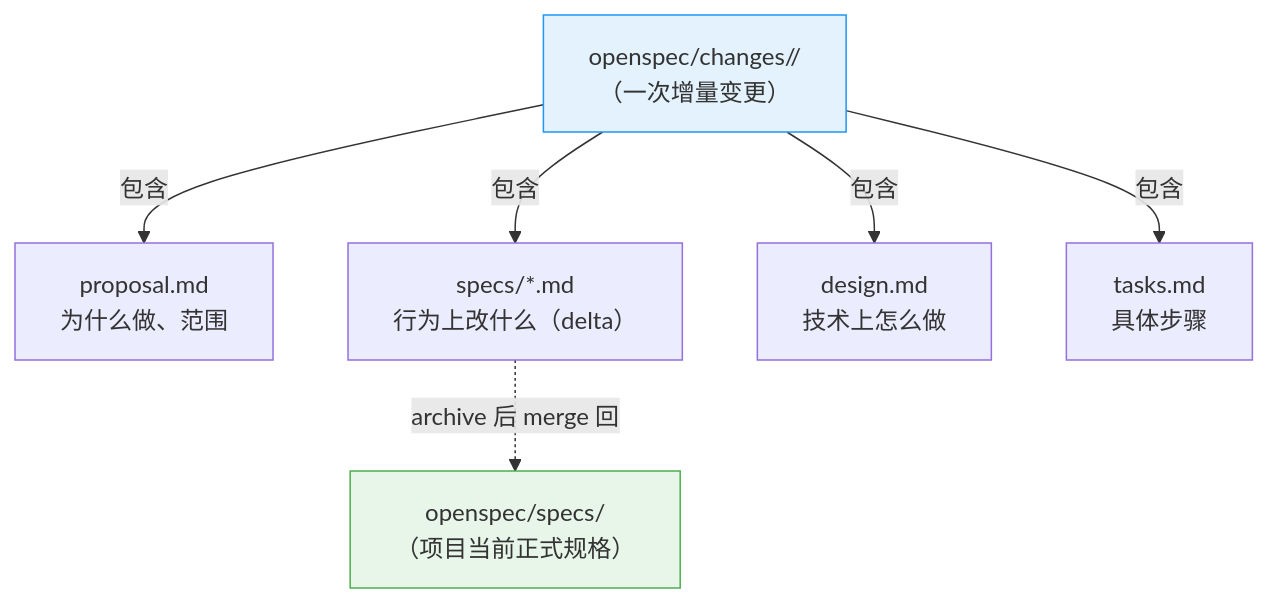
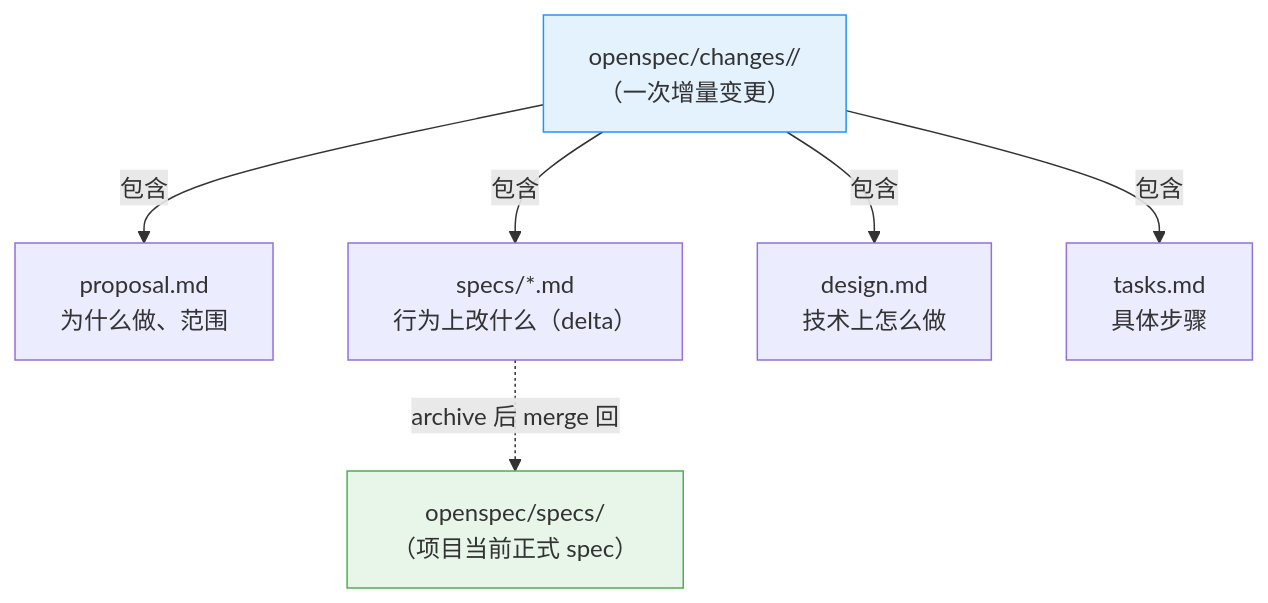
The first of 2 diagrams in _openspec_handbook/02-中级-把核心概念真正串起来.md (ethan-jiang-3/OpenSpec), drawn with Mermaid before and after one commit. The commit also changed other lines of this file and 14 other files, not shown here.

````diff
--- a/_openspec_handbook/02-中级-把核心概念真正串起来.md
+++ b/_openspec_handbook/02-中级-把核心概念真正串起来.md
@@ -13,18 +13,18 @@
 ```mermaid
 graph TD
-    A["openspec/specs/<br/>（项目当前正式规格）"] 
+    A["openspec/specs/<br/>（项目当前正式 spec）"] 
     B["openspec/changes/<name>/<br/>（一次增量变更）"]
     C["proposal.md<br/>为什么做、范围"]
     D["specs/*.md<br/>行为上改什么（delta）"]
     E["design.md<br/>技术上怎么做"]
     F["tasks.md<br/>具体步骤"]
     
     B -->|包含| C
     B -->|包含| D
     B -->|包含| E
     B -->|包含| F
     D -.archive 后 merge 回.-> A
     
     style A fill:#e8f5e9,stroke:#4caf50
     style B fill:#e3f2fd,stroke:#2196f3
 ```
````
